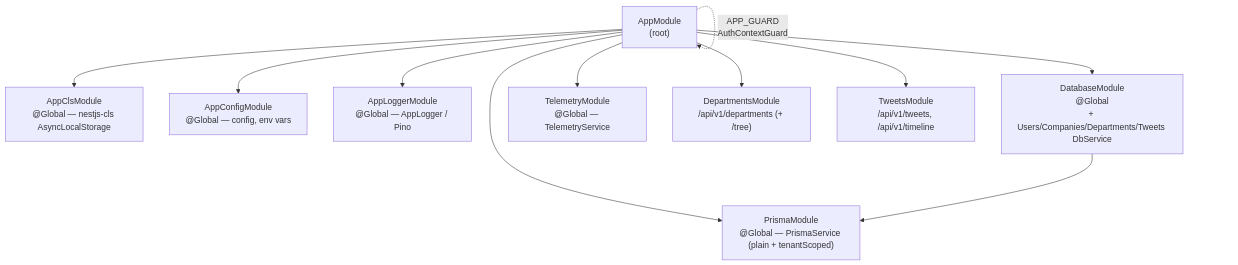
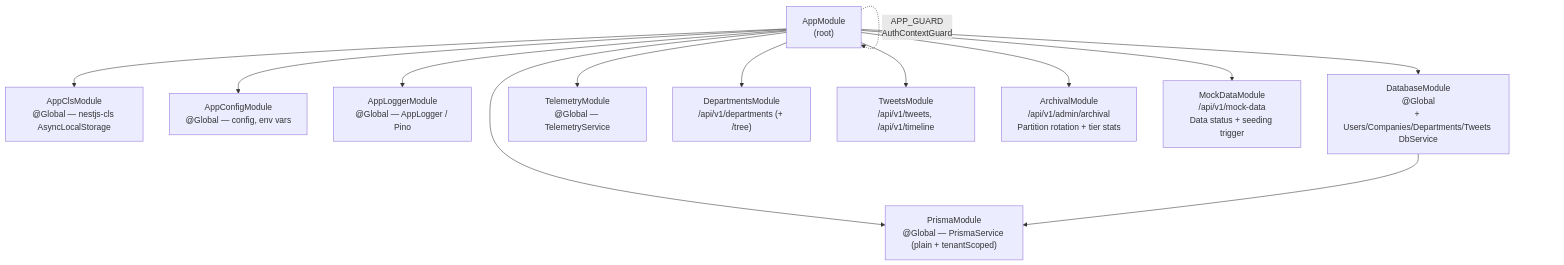
Before and after one commit to gauravprwl14/nestjs-boilerplate: the diagram in docs/architecture/service-architecture.md, drawn with Mermaid. The commit also changed other lines of this file and 5 other files, not shown here.

Commit message:
docs: sync docs for archival and mock-data modules

````diff
--- a/docs/architecture/service-architecture.md
+++ b/docs/architecture/service-architecture.md
@@ -7,26 +7,30 @@
 ```mermaid
 graph TD
     AppModule["AppModule\n(root)"]
 
     AppClsModule["AppClsModule\n@Global — nestjs-cls AsyncLocalStorage"]
     AppConfigModule["AppConfigModule\n@Global — config, env vars"]
     AppLoggerModule["AppLoggerModule\n@Global — AppLogger / Pino"]
     PrismaModule["PrismaModule\n@Global — PrismaService (plain + tenantScoped)"]
     DatabaseModule["DatabaseModule\n@Global\n+ Users/Companies/Departments/Tweets DbService"]
     TelemetryModule["TelemetryModule\n@Global — TelemetryService"]
 
     DepartmentsModule["DepartmentsModule\n/api/v1/departments (+ /tree)"]
     TweetsModule["TweetsModule\n/api/v1/tweets, /api/v1/timeline"]
+    ArchivalModule["ArchivalModule\n/api/v1/admin/archival\nPartition rotation + tier stats"]
+    MockDataModule["MockDataModule\n/api/v1/mock-data\nData status + seeding trigger"]
 
     AppModule --> AppClsModule
     AppModule --> AppConfigModule
     AppModule --> AppLoggerModule
     AppModule --> PrismaModule
     AppModule --> DatabaseModule
     AppModule --> TelemetryModule
     AppModule --> DepartmentsModule
     AppModule --> TweetsModule
+    AppModule --> ArchivalModule
+    AppModule --> MockDataModule
 
     DatabaseModule --> PrismaModule
     AppModule -.->|"APP_GUARD\nAuthContextGuard"| AppModule
 ```
````
